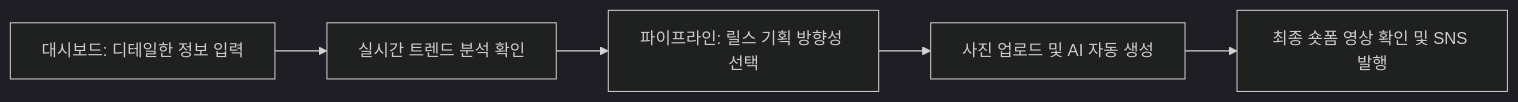
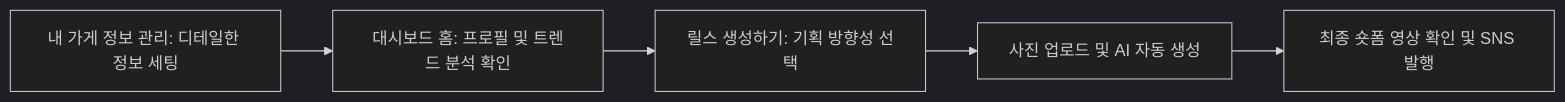
The diagram in docs/plan.md (Mureung1/hub-showcase), drawn with Mermaid (dark theme) before and after one commit. The commit also changed other lines of this file and 8 other files, not shown here.

````diff
--- a/docs/plan.md
+++ b/docs/plan.md
@@ -42,7 +42,7 @@
 ```mermaid
 graph LR
-    A[대시보드: 디테일한 정보 입력] --> B[실시간 트렌드 분석 확인]
-    B --> C[파이프라인: 릴스 기획 방향성 선택]
+    A[내 가게 정보 관리: 디테일한 정보 세팅] --> B[대시보드 홈: 프로필 및 트렌드 분석 확인]
+    B --> C[릴스 생성하기: 기획 방향성 선택]
     C --> D[사진 업로드 및 AI 자동 생성]
     D --> E[최종 숏폼 영상 확인 및 SNS 발행]
 ```
````
